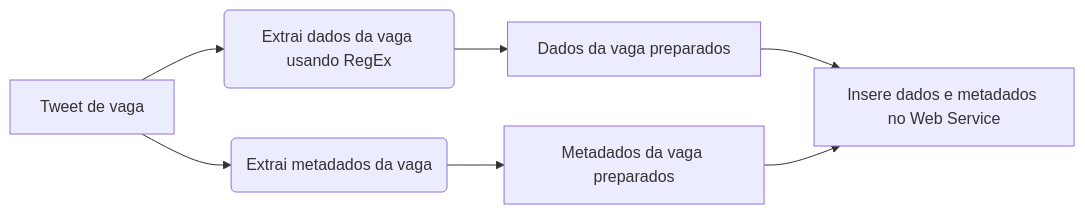
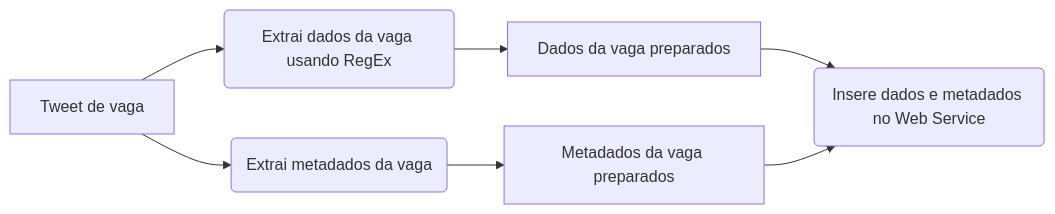
One commit to Denky-san/DesignSoftware-2022 changed the diagram in ETL/stream/README.md. Above: the diagram before and after it, drawn with Mermaid.

Commit message:
Corrige diagrama de fluxo de dados
Altera um componente do diagrama de fluxo de dados de conjunto de dados para etapa de professam.

````diff
--- a/ETL/stream/README.md
+++ b/ETL/stream/README.md
@@ -1,9 +1,9 @@
 ```mermaid
 graph LR
     A[Tweet de vaga] --> B(Extrai dados da vaga usando RegEx)
     A --> C(Extrai metadados da vaga)
     B --> D[Dados da vaga preparados]
     C --> E[Metadados da vaga preparados]
-    D --> F[Insere dados e metadados no Web Service]
+    D --> F(Insere dados e metadados no Web Service)
     E --> F
 ```
````
